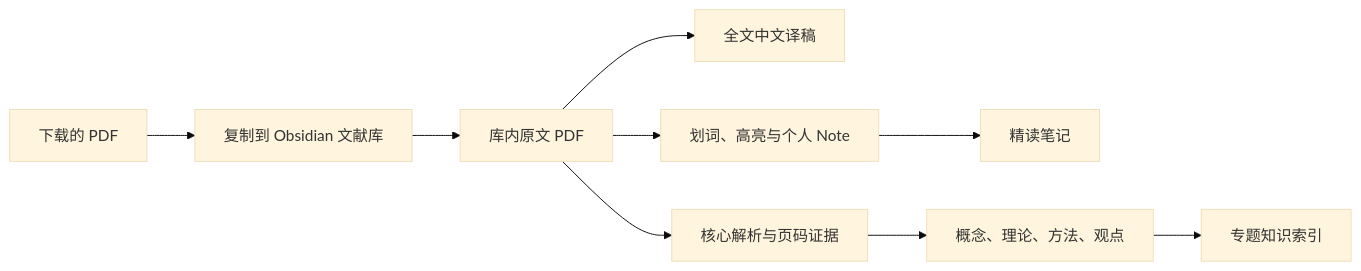
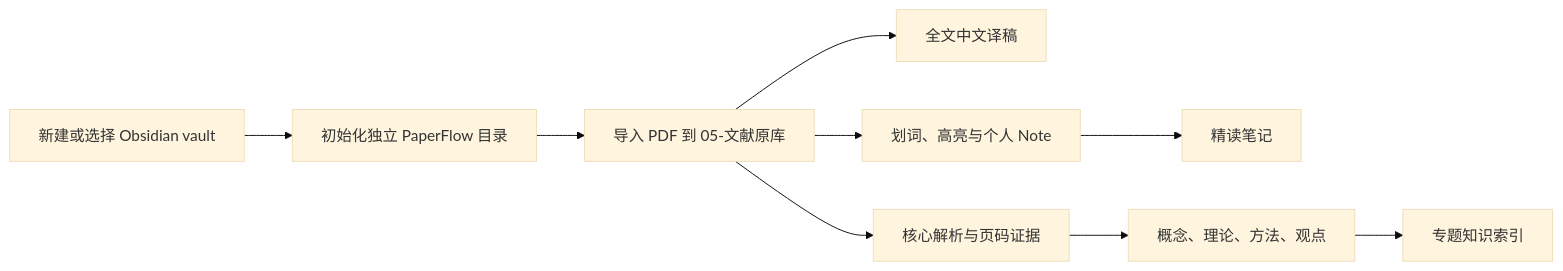
The diagram in README.md (MuKaramia/PaperFlow), drawn with Mermaid (base theme) before and after one commit. The commit also changed other lines of this file and 5 other files, not shown here.

Commit message:
Add isolated PaperFlow vault bootstrap

````diff
--- a/README.md
+++ b/README.md
@@ -69,11 +82,11 @@
 ```mermaid
 flowchart LR
-    A["下载的 PDF"] --> B["复制到 Obsidian 文献库"]
-    B --> C["库内原文 PDF"]
+    A["新建或选择 Obsidian vault"] --> B["初始化独立 PaperFlow 目录"]
+    B --> C["导入 PDF 到 05-文献原库"]
     C --> D["全文中文译稿"]
     C --> E["核心解析与页码证据"]
     C --> F["划词、高亮与个人 Note"]
     F --> G["精读笔记"]
     E --> H["概念、理论、方法、观点"]
     H --> I["专题知识索引"]
 ```
````
